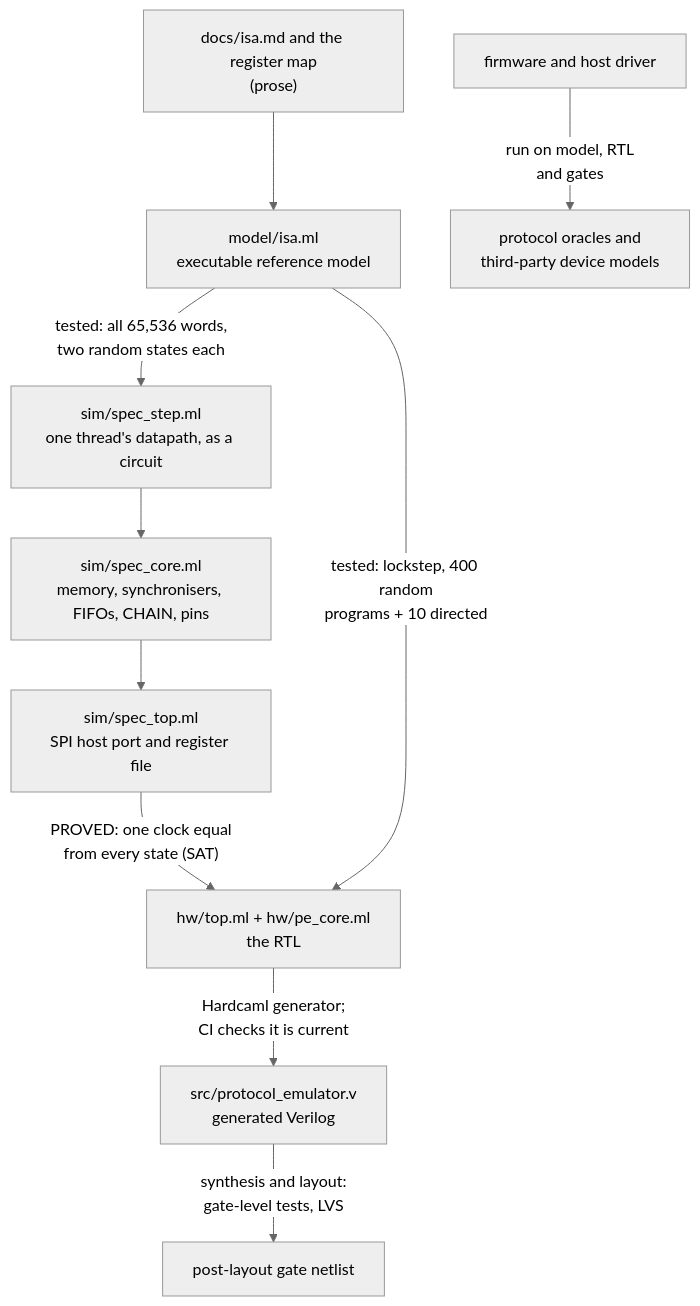
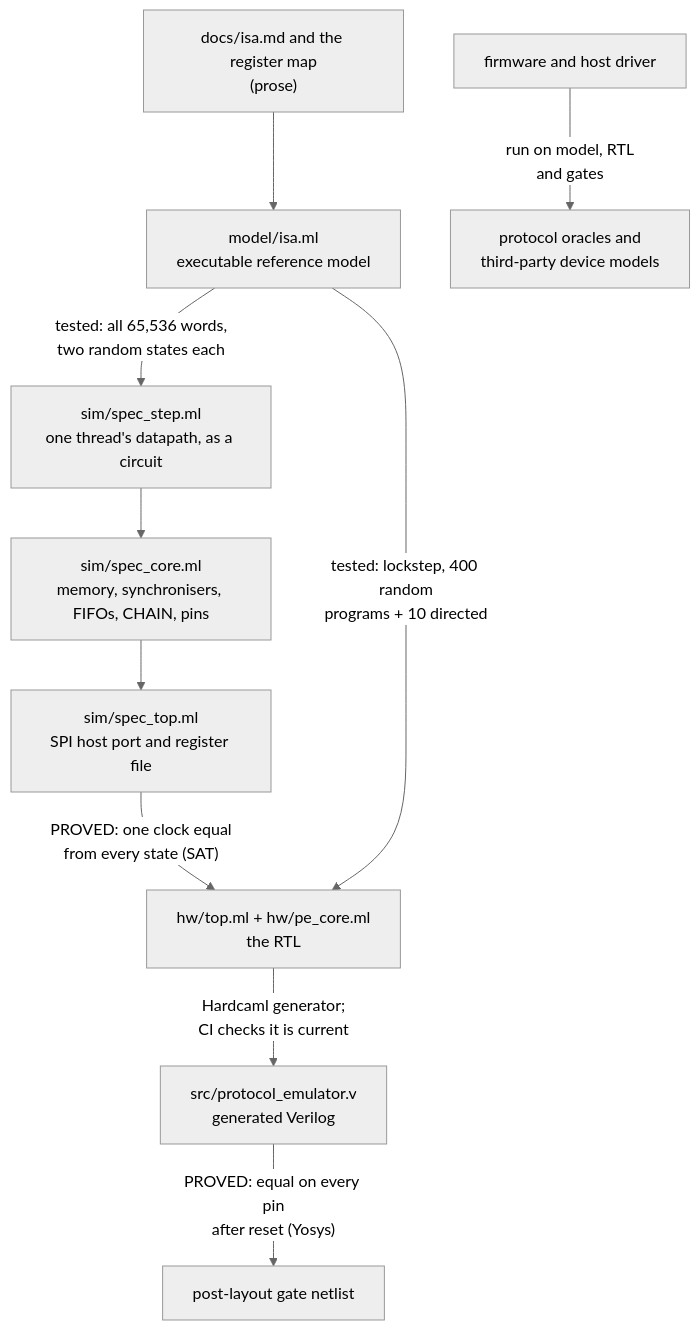
One commit to tavelarocque/protocol-emulator changed the diagram in docs/design-and-verification.md. Above: the diagram before and after it, drawn with Mermaid (neutral theme). The commit also changed other lines of this file and 6 other files, not shown here.

````diff
--- a/docs/design-and-verification.md
+++ b/docs/design-and-verification.md
@@ -79,22 +79,22 @@
 ```mermaid
 flowchart TB
     doc["docs/isa.md and the register map<br/>(prose)"]
     model["model/isa.ml<br/>executable reference model"]
     sstep["sim/spec_step.ml<br/>one thread's datapath, as a circuit"]
     score["sim/spec_core.ml<br/>memory, synchronisers, FIFOs, CHAIN, pins"]
     stop["sim/spec_top.ml<br/>SPI host port and register file"]
     rtl["hw/top.ml + hw/pe_core.ml<br/>the RTL"]
     v["src/protocol_emulator.v<br/>generated Verilog"]
     gl["post-layout gate netlist"]
     fw["firmware and host driver"]
     oracles["protocol oracles and<br/>third-party device models"]
 
     doc --> model
     model -- "tested: all 65,536 words,<br/>two random states each" --> sstep
     sstep --> score --> stop
     stop -- "PROVED: one clock equal<br/>from every state (SAT)" --> rtl
     model -- "tested: lockstep, 400 random<br/>programs + 10 directed" --> rtl
     rtl -- "Hardcaml generator;<br/>CI checks it is current" --> v
-    v -- "synthesis and layout:<br/>gate-level tests, LVS" --> gl
+    v -- "PROVED: equal on every pin<br/>after reset (Yosys)" --> gl
     fw -- "run on model, RTL<br/>and gates" --> oracles
 ```
````
